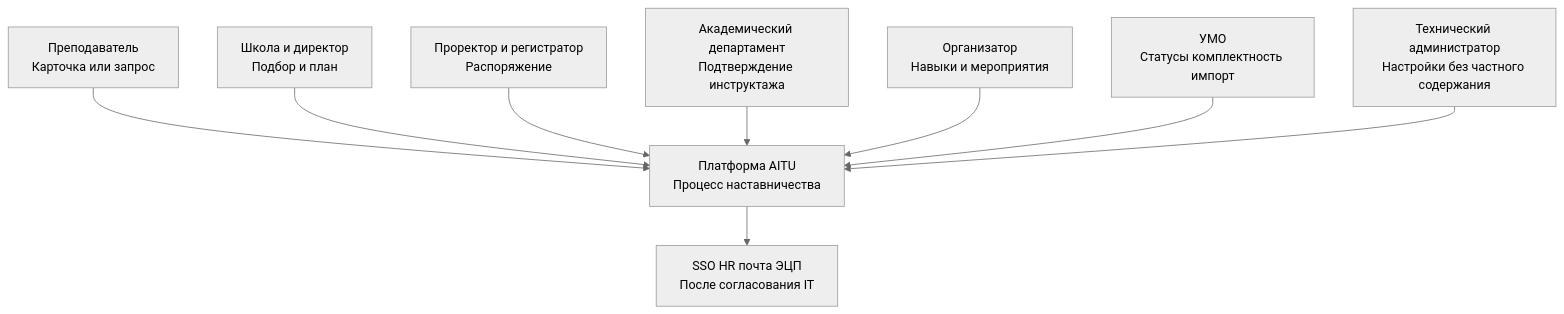
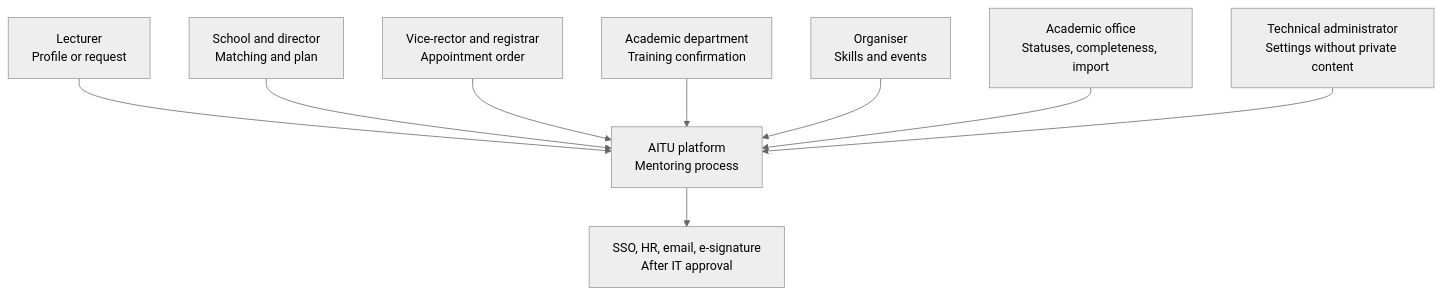
Before and after one commit to krna-tul/Diploma_Project_TulegenovaKM: the diagram in docs/diagrams/source/context.mmd, drawn with Mermaid (neutral theme). The commit also changed 30 other files, not shown here.

```diff
--- a/docs/diagrams/source/context.mmd
+++ b/docs/diagrams/source/context.mmd
@@ -1,18 +1,18 @@
 flowchart TB
-  n0["Преподаватель<br/>Карточка или запрос"]
-  n1["Школа и директор<br/>Подбор и план"]
-  n2["Проректор и регистратор<br/>Распоряжение"]
-  n3["Платформа AITU<br/>Процесс наставничества"]
-  n4["Академический департамент<br/>Подтверждение инструктажа"]
-  n5["Организатор<br/>Навыки и мероприятия"]
-  n6["SSO HR почта ЭЦП<br/>После согласования IT"]
+  n0["Lecturer<br/>Profile or request"]
+  n1["School and director<br/>Matching and plan"]
+  n2["Vice-rector and registrar<br/>Appointment order"]
+  n3["AITU platform<br/>Mentoring process"]
+  n4["Academic department<br/>Training confirmation"]
+  n5["Organiser<br/>Skills and events"]
+  n6["SSO, HR, email, e-signature<br/>After IT approval"]
   n0 --> n3
   n1 --> n3
   n2 --> n3
   n4 --> n3
   n5 --> n3
   n3 --> n6
-  n7["УМО<br/>Статусы комплектность импорт"]
-  n8["Технический администратор<br/>Настройки без частного содержания"]
+  n7["Academic office<br/>Statuses, completeness, import"]
+  n8["Technical administrator<br/>Settings without private content"]
   n7 --> n3
   n8 --> n3
```
